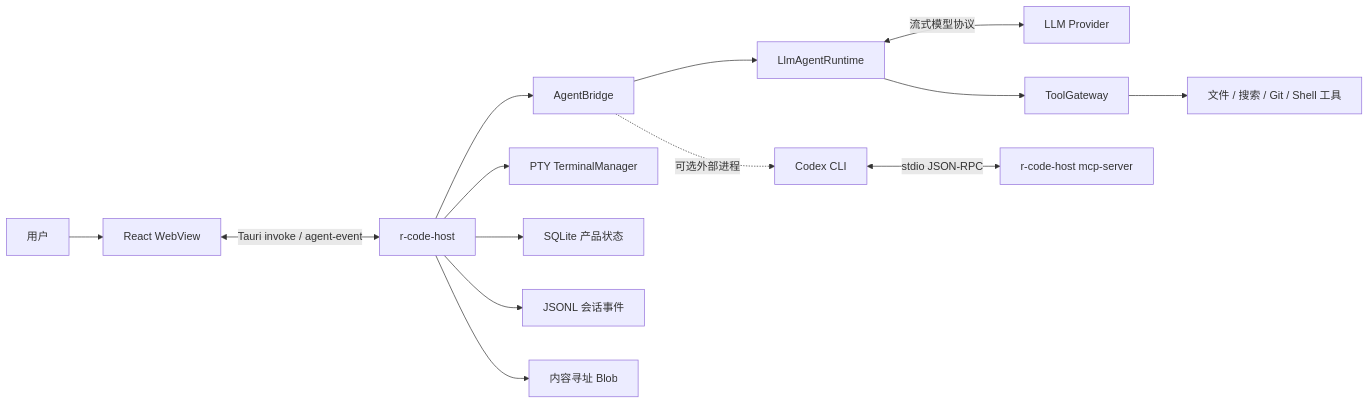
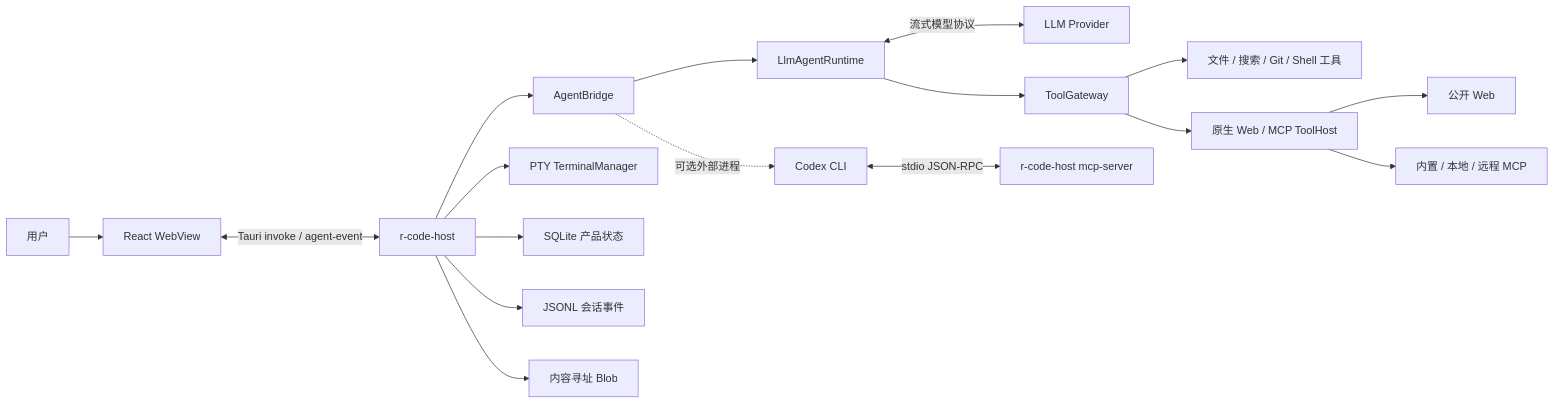
One commit to foritin/r-code changed the first of 7 diagrams in docs/ARCHITECTURE.md. Above: the diagram before and after it, drawn with Mermaid. The commit also changed other lines of this file and 8 other files, not shown here.

````diff
--- a/docs/ARCHITECTURE.md
+++ b/docs/ARCHITECTURE.md
@@ -11,16 +11,19 @@
 ```mermaid
 flowchart LR
     User["用户"] --> UI["React WebView"]
     UI <-->|"Tauri invoke / agent-event"| Host["r-code-host"]
     Host --> Bridge["AgentBridge"]
     Bridge --> Native["LlmAgentRuntime"]
     Native <-->|"流式模型协议"| Provider["LLM Provider"]
     Native --> Gateway["ToolGateway"]
     Gateway --> Tools["文件 / 搜索 / Git / Shell 工具"]
+    Gateway --> External["原生 Web / MCP ToolHost"]
+    External --> Web["公开 Web"]
+    External --> McpClient["内置 / 本地 / 远程 MCP"]
     Host --> Terminal["PTY TerminalManager"]
     Host --> SQLite["SQLite 产品状态"]
     Host --> JSONL["JSONL 会话事件"]
     Host --> Blobs["内容寻址 Blob"]
     Bridge -.->|"可选外部进程"| Codex["Codex CLI"]
-    Codex <-->|"stdio JSON-RPC"| MCP["r-code-host mcp-server"]
+    Codex <-->|"stdio JSON-RPC"| CodexMCP["r-code-host mcp-server"]
 ```
````
